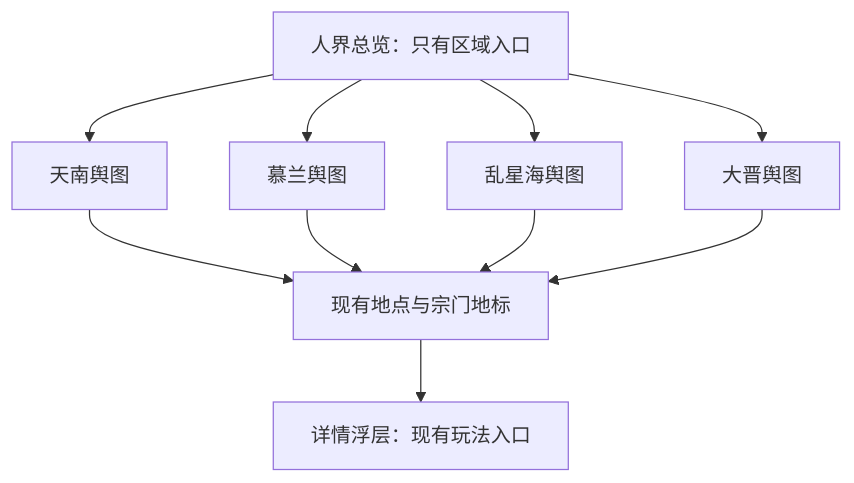
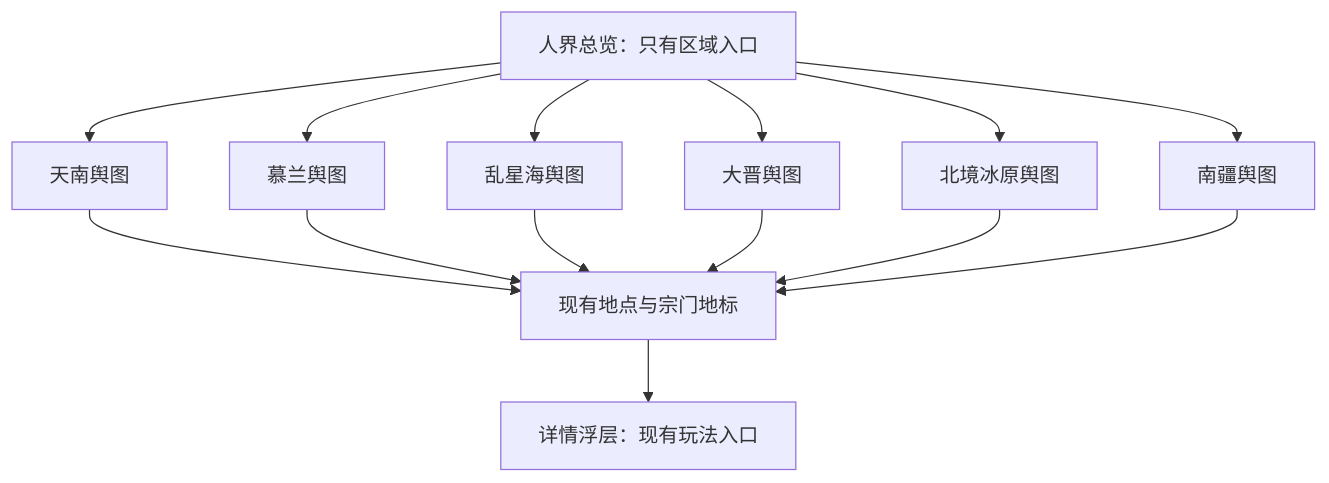
The diagram in docs/world-map-v2-proposal.md (ChurchTao/Daoyou), drawn with Mermaid before and after one commit. The commit also changed other lines of this file and 103 other files, not shown here.

Commit message:
每日占卜+地图重构+幻境重构

````diff
--- a/docs/world-map-v2-proposal.md
+++ b/docs/world-map-v2-proposal.md
@@ -29,13 +31,17 @@
 ```mermaid
 flowchart TD
   W[人界总览：只有区域入口]
   W --> T[天南舆图]
   W --> M[慕兰舆图]
   W --> L[乱星海舆图]
   W --> D[大晋舆图]
+  W --> B[北境冰原舆图]
+  W --> S[南疆舆图]
   T --> N[现有地点与宗门地标]
   M --> N
   L --> N
   D --> N
+  B --> N
+  S --> N
   N --> P[详情浮层：现有玩法入口]
 ```
````
